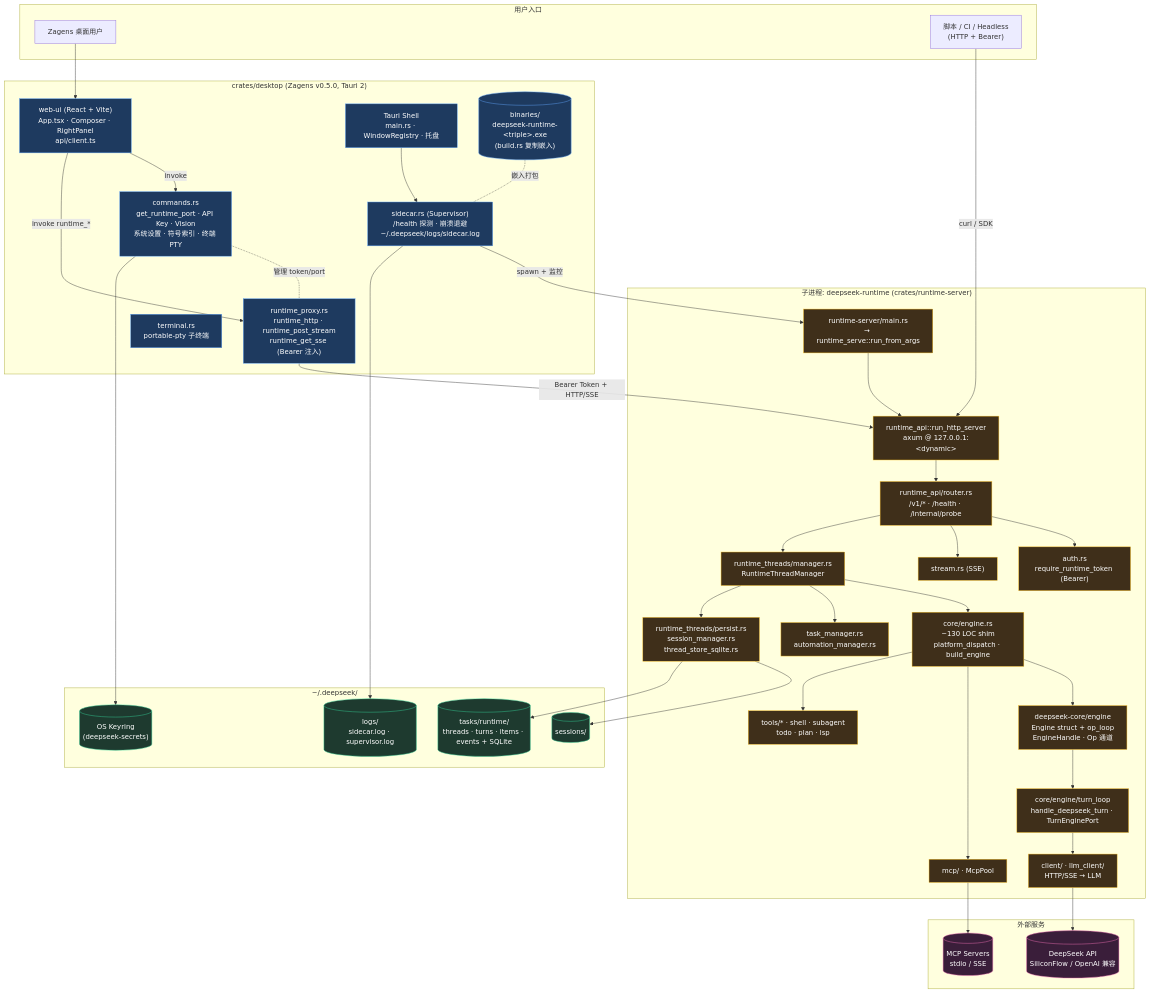
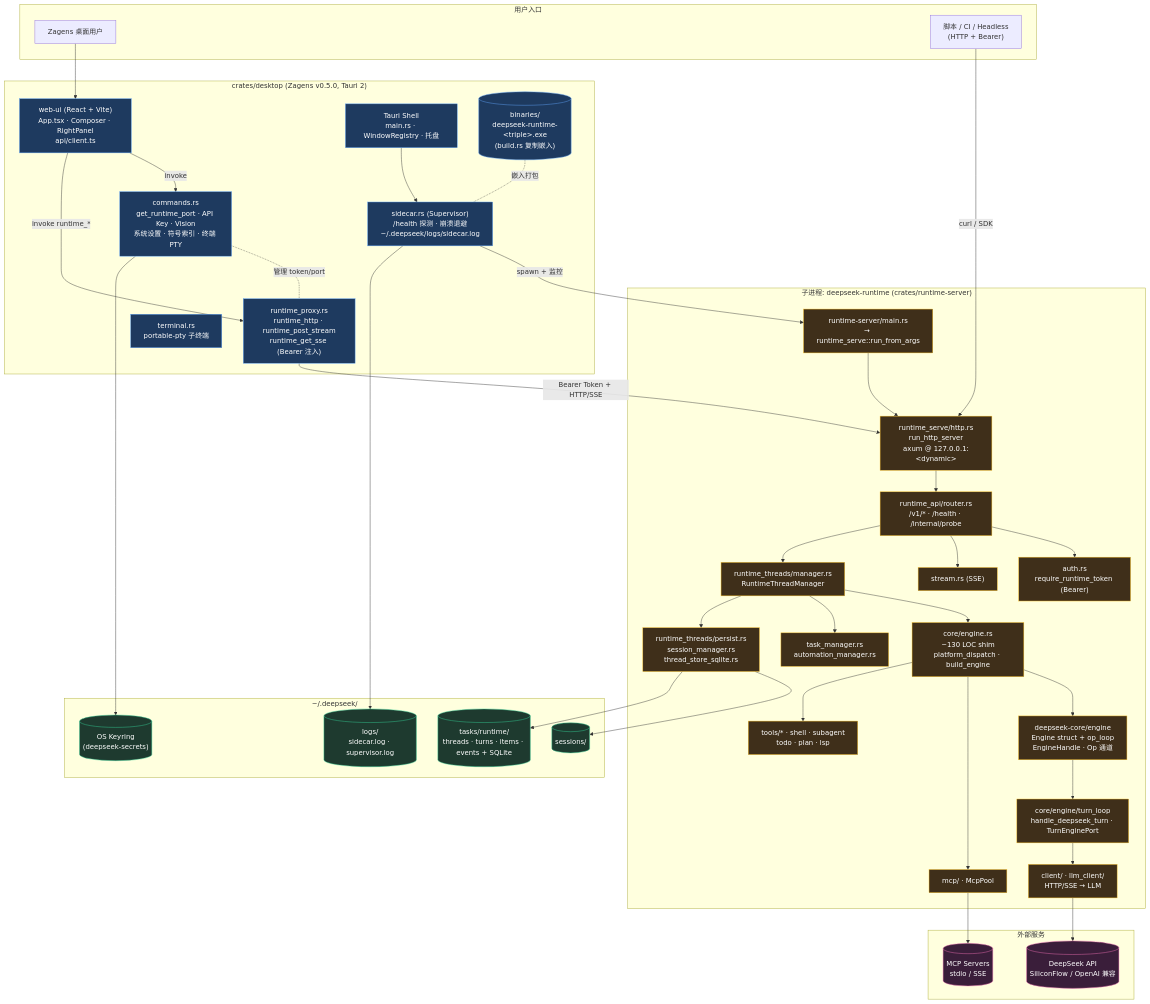
The first of 5 diagrams in docs/tech/RUNTIME_ARCHITECTURE.md (didclawapp-ai/zagens), drawn with Mermaid before and after one commit. The commit also changed other lines of this file and 23 other files, not shown here.

```diff
--- a/docs/tech/RUNTIME_ARCHITECTURE.md
+++ b/docs/tech/RUNTIME_ARCHITECTURE.md
@@ -46,7 +46,7 @@
 
     subgraph sidecar_proc["子进程: deepseek-runtime  (crates/runtime-server)"]
         MAIN["runtime-server/main.rs<br/>→ runtime_serve::run_from_args"]
-        HTTP["runtime_api::run_http_server<br/>axum @ 127.0.0.1:&lt;dynamic&gt;"]
+        HTTP["runtime_serve/http.rs<br/>run_http_server<br/>axum @ 127.0.0.1:&lt;dynamic&gt;"]
         ROUTER["runtime_api/router.rs<br/>/v1/* · /health · /internal/probe"]
         AUTH["auth.rs<br/>require_runtime_token (Bearer)"]
         STREAM["stream.rs (SSE)"]
```
